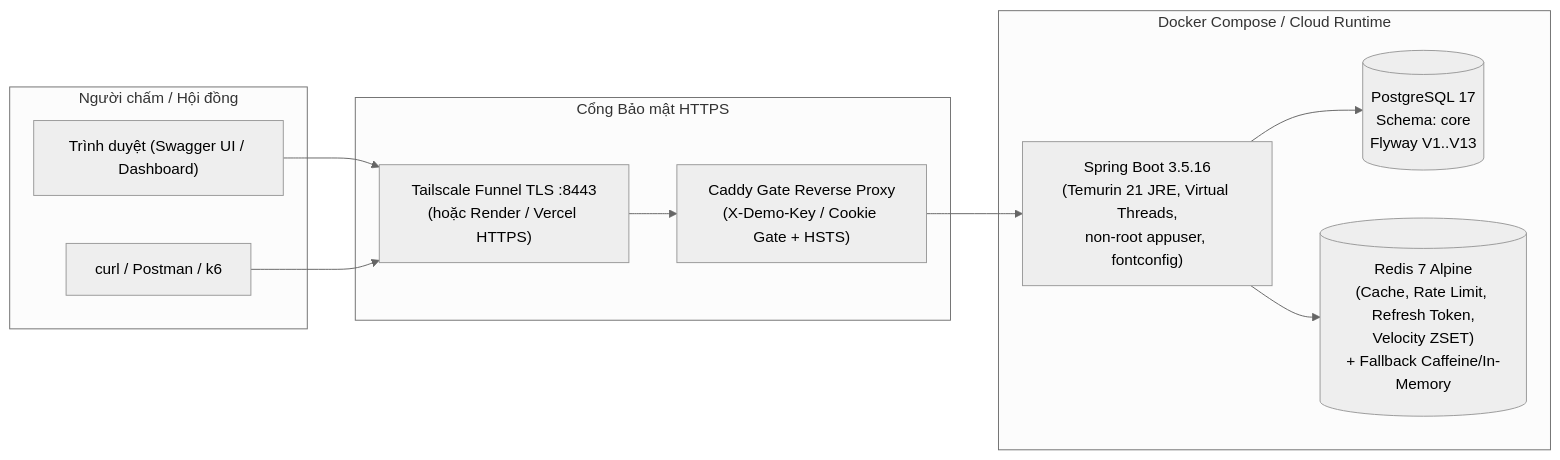
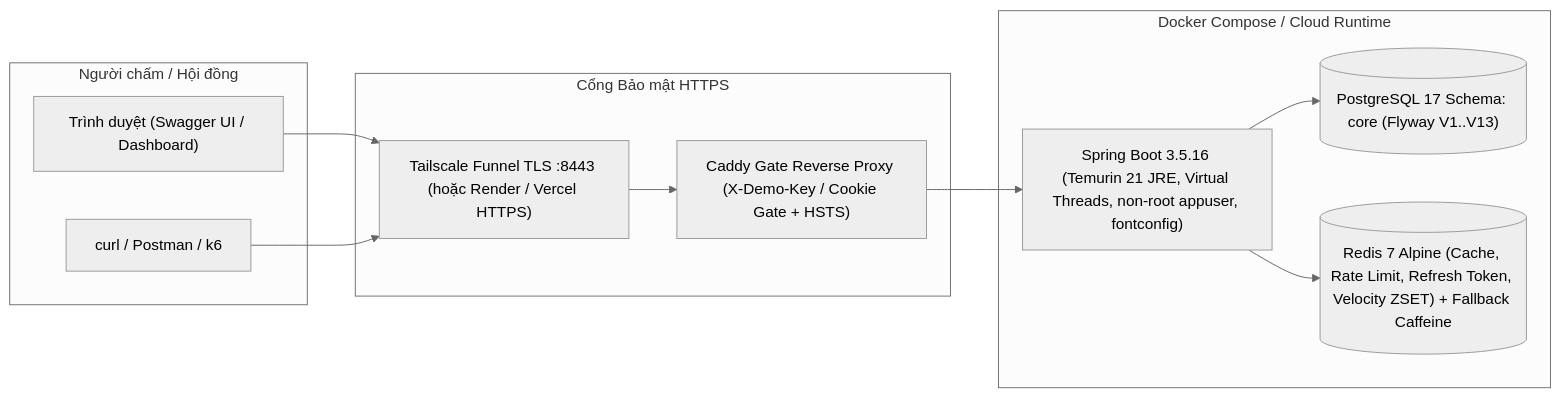
One commit to tsennguyen/corebank-java-assessment changed the third of 3 diagrams in docs/architecture.md. Above: the diagram before and after it, drawn with Mermaid (neutral theme). The commit also changed other lines of this file and 5 other files, not shown here.

Commit message:
docs(5.2): address P20 review findings (traceability matrix, API catalog, ERD indexes/constraints, PDF export, remove ROLE_TELLER)

````diff
--- a/docs/architecture.md
+++ b/docs/architecture.md
@@ -104,25 +104,25 @@
 ```mermaid
 flowchart LR
     subgraph Internet["Người chấm / Hội đồng"]
         Browser["Trình duyệt (Swagger UI / Dashboard)"]
         CLI["curl / Postman / k6"]
     end
 
     subgraph Edge["Cổng Bảo mật HTTPS"]
-        Funnel["Tailscale Funnel TLS :8443\n(hoặc Render / Vercel HTTPS)"]
-        Caddy["Caddy Gate Reverse Proxy\n(X-Demo-Key / Cookie Gate + HSTS)"]
+        Funnel["Tailscale Funnel TLS :8443 (hoặc Render / Vercel HTTPS)"]
+        Caddy["Caddy Gate Reverse Proxy (X-Demo-Key / Cookie Gate + HSTS)"]
     end
 
     subgraph Runtime["Docker Compose / Cloud Runtime"]
-        App["Spring Boot 3.5.16\n(Temurin 21 JRE, Virtual Threads,\nnon-root appuser, fontconfig)"]
-        PG[("PostgreSQL 17\nSchema: core\nFlyway V1..V13")]
-        Redis[("Redis 7 Alpine\n(Cache, Rate Limit, Refresh Token,\nVelocity ZSET)\n+ Fallback Caffeine/In-Memory")]
+        App["Spring Boot 3.5.16 (Temurin 21 JRE, Virtual Threads, non-root appuser, fontconfig)"]
+        PG[("PostgreSQL 17 Schema: core (Flyway V1..V13)")]
+        Redis[("Redis 7 Alpine (Cache, Rate Limit, Refresh Token, Velocity ZSET) + Fallback Caffeine")]
     end
 
     Browser --> Funnel
     CLI --> Funnel
     Funnel --> Caddy
     Caddy --> App
     App --> PG
     App --> Redis
 ```
````
